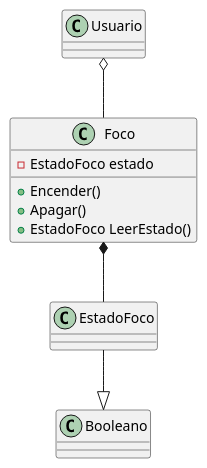
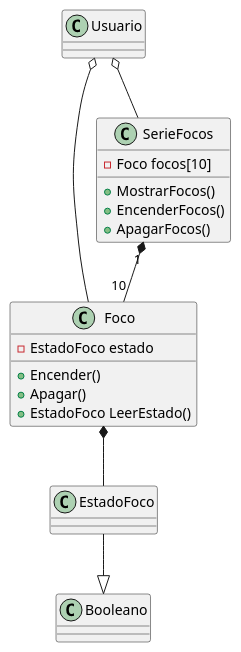
The diagram in docs/Foco.puml (carolinaprian/3E261-SegundoParcial), drawn with PlantUML before and after one commit. The commit also changed 3 other files, not shown here.

```diff
--- a/docs/Foco.puml
+++ b/docs/Foco.puml
@@ -1,18 +1,27 @@
 @startuml Foco
 
 class Usuario
 
 class Foco{
     - EstadoFoco estado
     + Encender()
     + Apagar()
     + EstadoFoco LeerEstado()
 }
 
 class EstadoFoco
 
+class SerieFocos{
+    - Foco focos[10]
+    + MostrarFocos()
+    + EncenderFocos()
+    + ApagarFocos()
+}
+
 Usuario o-- Foco
 Foco *-- EstadoFoco
 EstadoFoco --|> Booleano
+SerieFocos "1" *-- "10" Foco
+Usuario o-- SerieFocos
 
 @enduml
```
